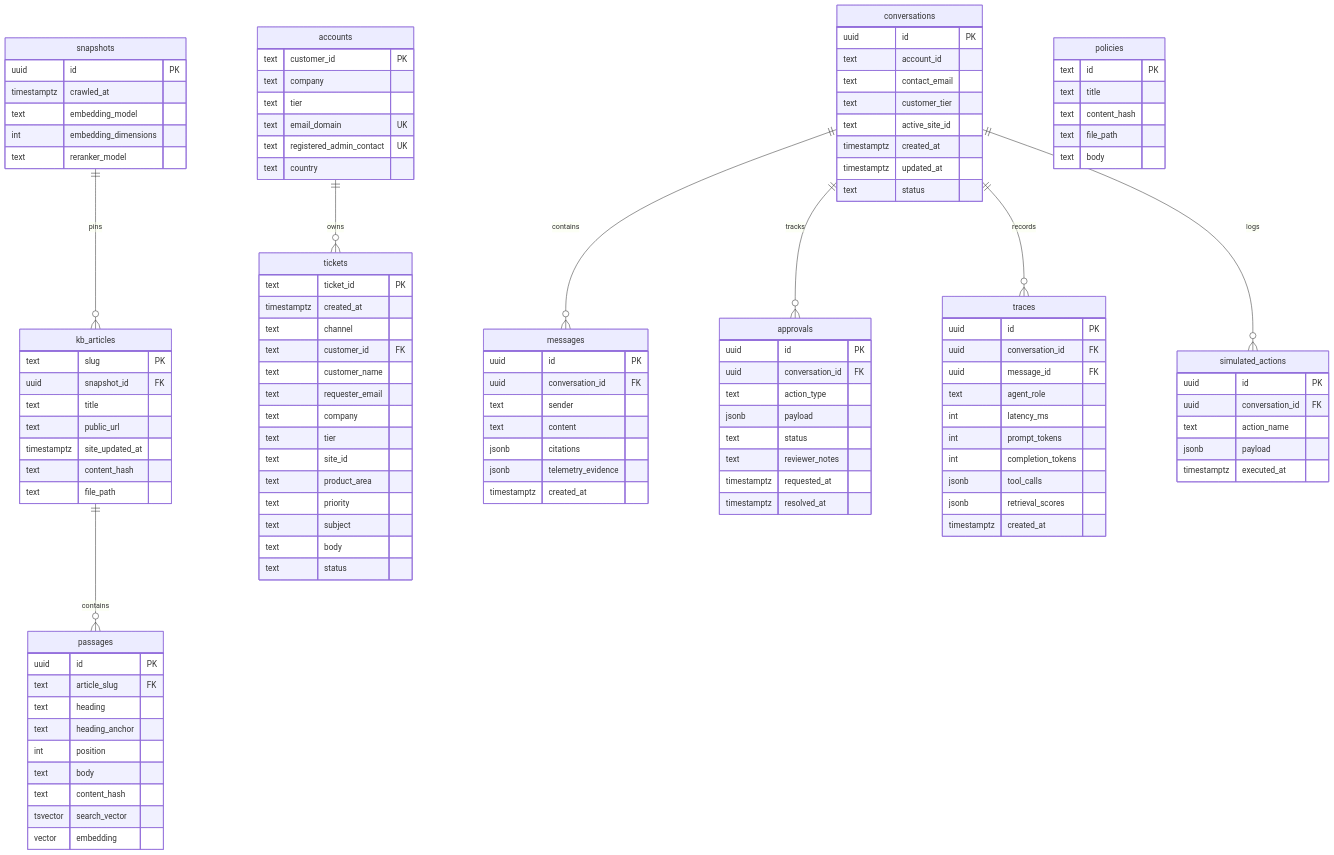
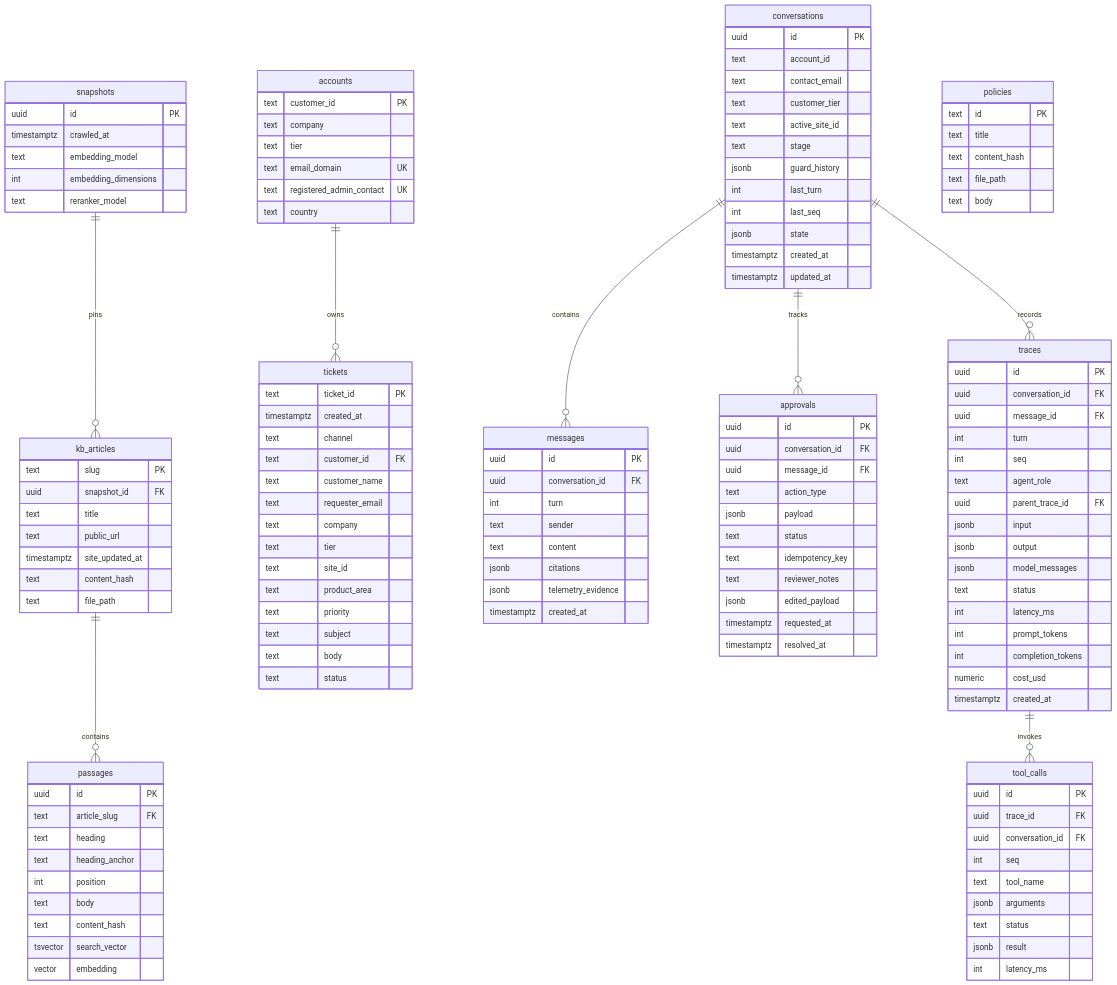
The third of 5 diagrams in docs/architecture/system-architecture-design.md (yaara-manor/cato-networks), drawn with Mermaid before and after one commit. The commit also changed other lines of this file and 3 other files, not shown here.

Commit message:
docs: ADR-008 and architecture update for runtime state

````diff
--- a/docs/architecture/system-architecture-design.md
+++ b/docs/architecture/system-architecture-design.md
@@ -228,7 +228,7 @@
     conversations ||--o{ messages : contains
     conversations ||--o{ approvals : tracks
     conversations ||--o{ traces : records
-    conversations ||--o{ simulated_actions : logs
+    traces ||--o{ tool_calls : invokes
 
     snapshots {
         uuid id PK
@@ -300,14 +300,19 @@
         text contact_email
         text customer_tier
         text active_site_id
+        text stage
+        jsonb guard_history
+        int last_turn
+        int last_seq
+        jsonb state
         timestamptz created_at
         timestamptz updated_at
-        text status
     }
 
     messages {
         uuid id PK
         uuid conversation_id FK
+        int turn
         text sender
         text content
         jsonb citations
@@ -318,10 +323,13 @@
     approvals {
         uuid id PK
         uuid conversation_id FK
+        uuid message_id FK
         text action_type
         jsonb payload
         text status
+        text idempotency_key
         text reviewer_notes
+        jsonb edited_payload
         timestamptz requested_at
         timestamptz resolved_at
     }
@@ -330,20 +338,30 @@
         uuid id PK
         uuid conversation_id FK
         uuid message_id FK
+        int turn
+        int seq
         text agent_role
+        uuid parent_trace_id FK
+        jsonb input
+        jsonb output
+        jsonb model_messages
+        text status
         int latency_ms
         int prompt_tokens
         int completion_tokens
-        jsonb tool_calls
-        jsonb retrieval_scores
+        numeric cost_usd
         timestamptz created_at
     }
 
-    simulated_actions {
+    tool_calls {
         uuid id PK
+        uuid trace_id FK
         uuid conversation_id FK
-        text action_name
-        jsonb payload
-        timestamptz executed_at
+        int seq
+        text tool_name
+        jsonb arguments
+        text status
+        jsonb result
+        int latency_ms
     }
 ```
````
